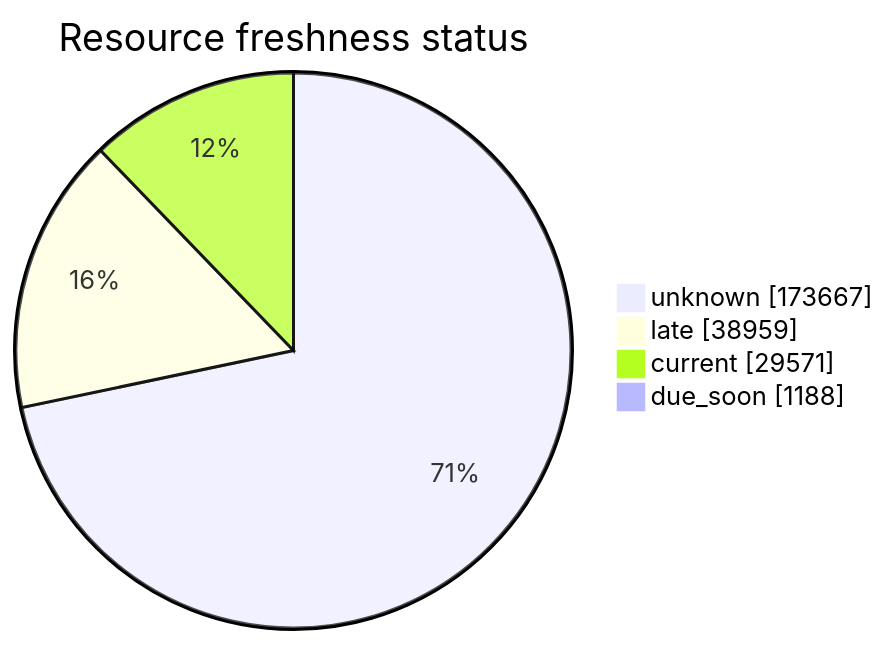
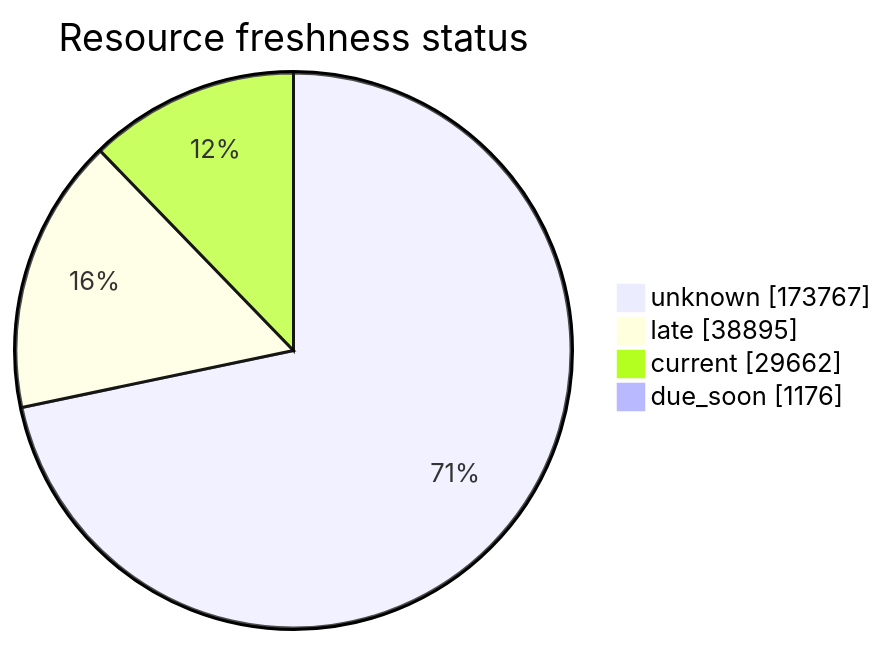
The third of 5 diagrams in FreshCheck/README.md (open-data/analytics-corporate-reporting), drawn with Mermaid before and after one commit. The commit also changed other lines of this file and 3 other files, not shown here.

````diff
--- a/FreshCheck/README.md
+++ b/FreshCheck/README.md
@@ -77,7 +77,7 @@
 ```mermaid
 pie showData title Resource freshness status
-    "unknown": 173667
-    "late": 38959
-    "current": 29571
-    "due_soon": 1188
+    "unknown": 173767
+    "late": 38895
+    "current": 29662
+    "due_soon": 1176
 ```
````
